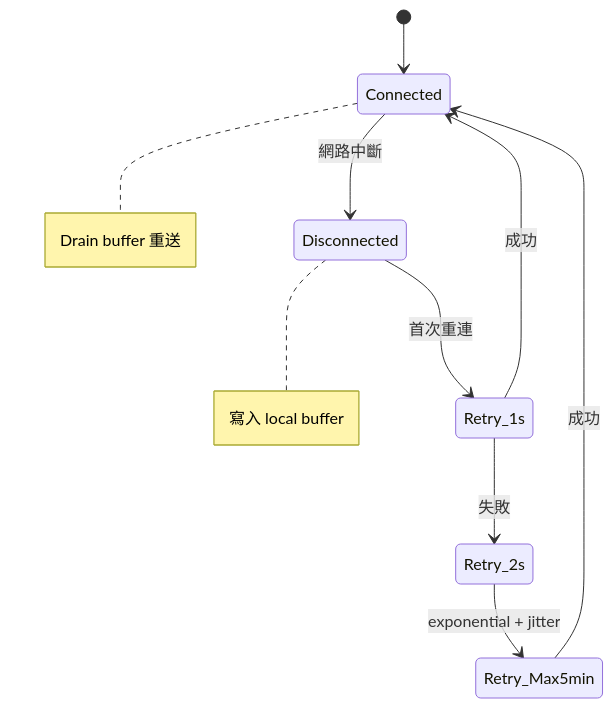
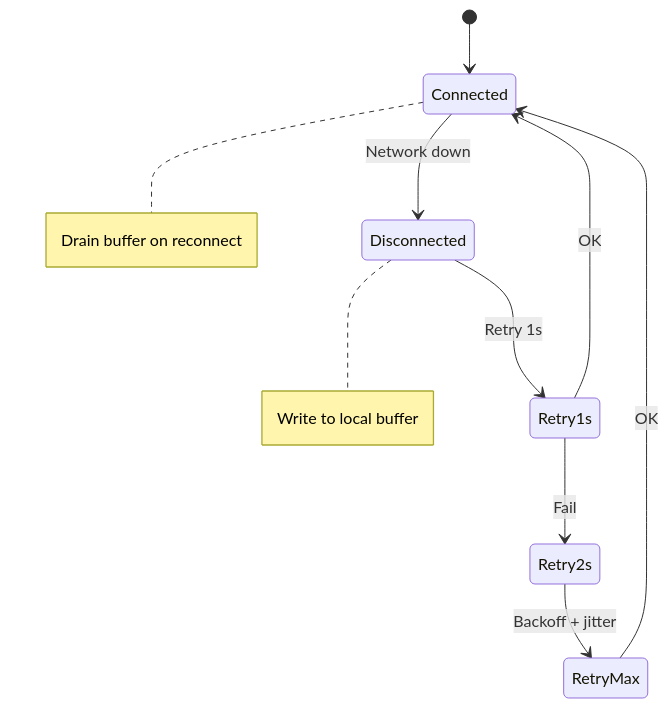
Before and after one commit to osisdie/osisdie.github.io: the second of 3 diagrams in _posts/2026/2026-03-30-iot-1m-device-architecture-part3.md, drawn with Mermaid. The commit also changed other lines of this file and 2 other files, not shown here.

Commit message:
fix: mermaid syntax — remove CJK from nodes, fix subgraph ID collision
- Part 1: subgraph Backend→BE, remove --- thick links inside subgraph
- Part 3: CJK node labels→English, stateDiagram state names simplified
- New agent: blog-mermaid-reviewer — validates mermaid syntax pre-render

````diff
--- a/_posts/2026/2026-03-30-iot-1m-device-architecture-part3.md
+++ b/_posts/2026/2026-03-30-iot-1m-device-architecture-part3.md
@@ -66,12 +66,12 @@
 ```mermaid
 stateDiagram-v2
     [*] --> Connected
-    Connected --> Disconnected: 網路中斷
-    Disconnected --> Retry_1s: 首次重連
-    Retry_1s --> Connected: 成功
-    Retry_1s --> Retry_2s: 失敗
-    Retry_2s --> Retry_Max5min: exponential + jitter
-    Retry_Max5min --> Connected: 成功
-    note right of Disconnected: 寫入 local buffer
-    note right of Connected: Drain buffer 重送
+    Connected --> Disconnected: Network down
+    Disconnected --> Retry1s: Retry 1s
+    Retry1s --> Connected: OK
+    Retry1s --> Retry2s: Fail
+    Retry2s --> RetryMax: Backoff + jitter
+    RetryMax --> Connected: OK
+    note right of Disconnected: Write to local buffer
+    note right of Connected: Drain buffer on reconnect
 ```
````
